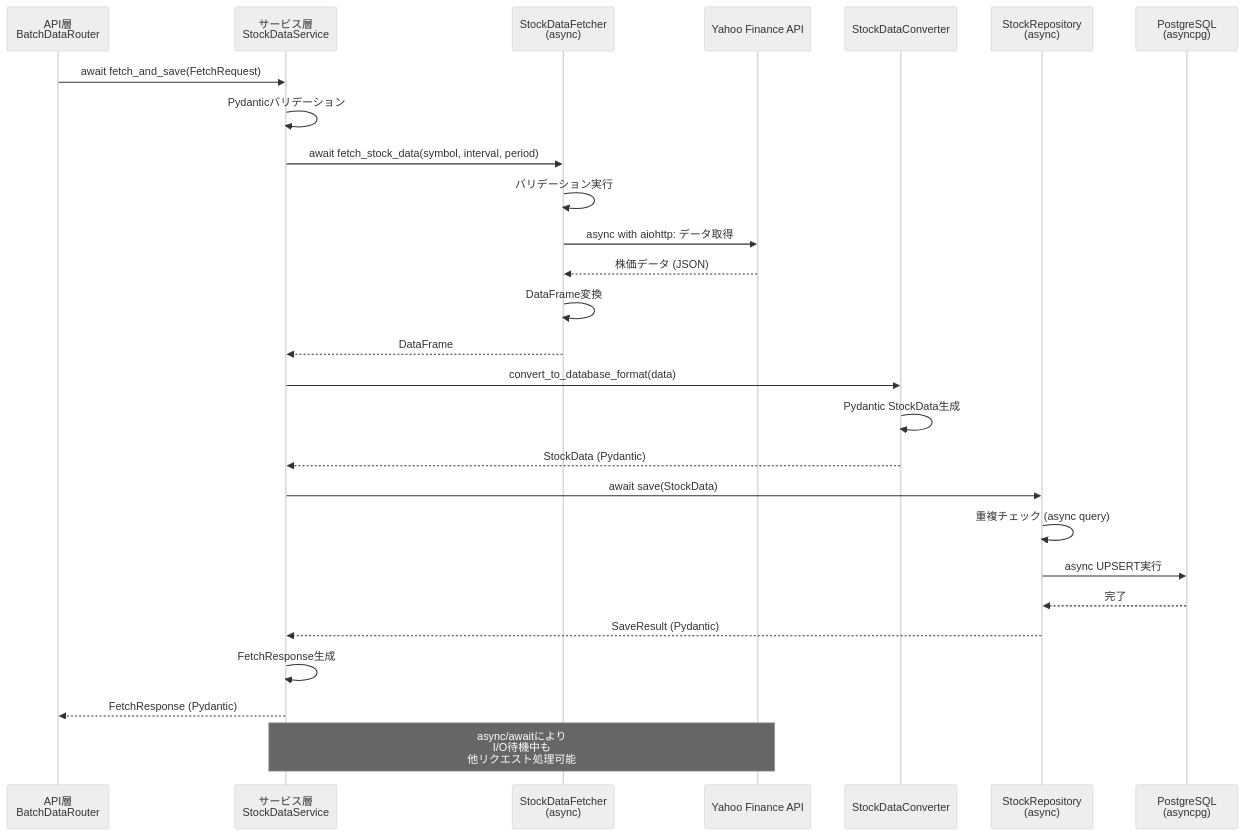
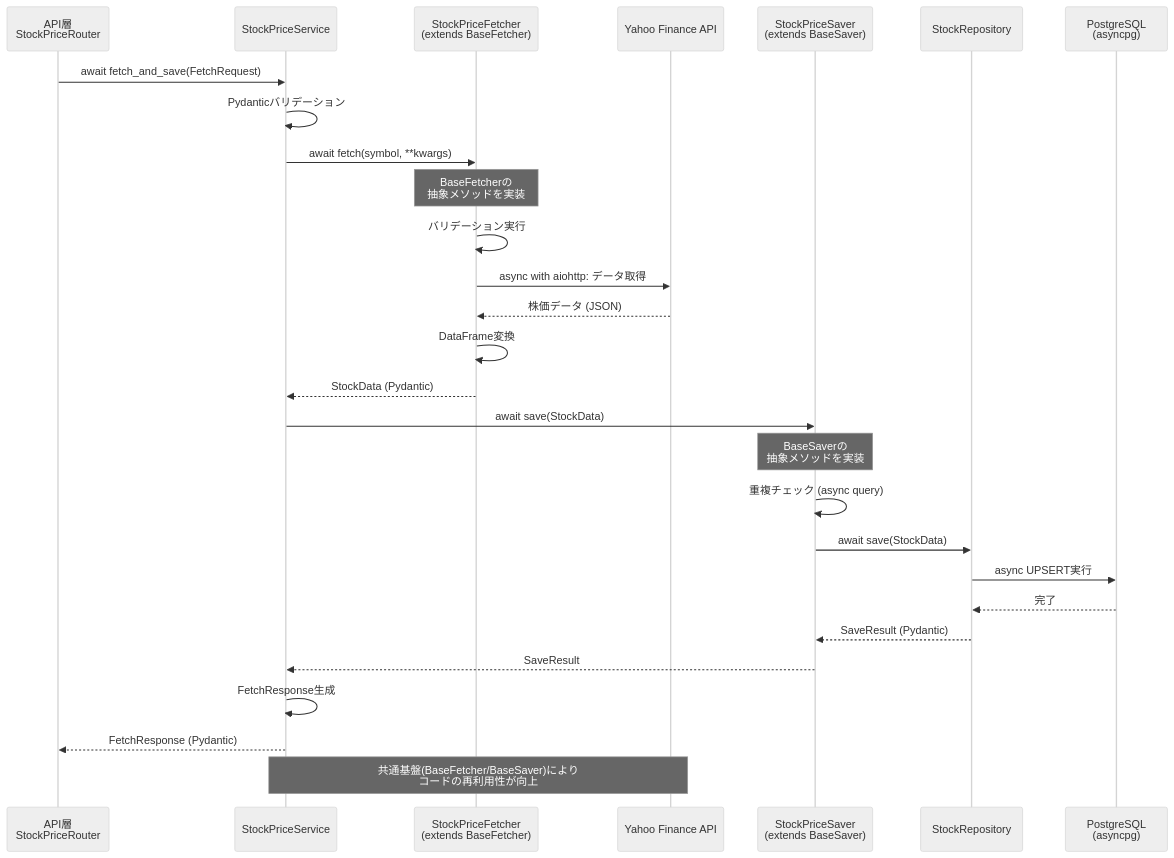
Before and after one commit to TIMMY-WEST/STOCK-INVESTMENT-ANALYZER: the fifth of 7 diagrams in docs/architecture/layers/service_layer.md, drawn with Mermaid (neutral theme). The commit also changed other lines of this file, not shown here.

````diff
--- a/docs/architecture/layers/service_layer.md
+++ b/docs/architecture/layers/service_layer.md
@@ -869,37 +867,40 @@
 ```mermaid
 sequenceDiagram
-    participant API as API層<br/>BatchDataRouter
-    participant Service as サービス層<br/>StockDataService
-    participant Fetcher as StockDataFetcher<br/>(async)
+    participant API as API層<br/>StockPriceRouter
+    participant Service as StockPriceService
+    participant Fetcher as StockPriceFetcher<br/>(extends BaseFetcher)
     participant YFinance as Yahoo Finance API
-    participant Converter as StockDataConverter
-    participant Repo as StockRepository<br/>(async)
+    participant Saver as StockPriceSaver<br/>(extends BaseSaver)
+    participant Repo as StockRepository
     participant DB as PostgreSQL<br/>(asyncpg)
 
     API->>Service: await fetch_and_save(FetchRequest)
 
     Service->>Service: Pydanticバリデーション
-    Service->>Fetcher: await fetch_stock_data(symbol, interval, period)
+    Service->>Fetcher: await fetch(symbol, **kwargs)
+
+    Note over Fetcher: BaseFetcherの<br/>抽象メソッドを実装
 
     Fetcher->>Fetcher: バリデーション実行
     Fetcher->>YFinance: async with aiohttp: データ取得
     YFinance-->>Fetcher: 株価データ (JSON)
 
     Fetcher->>Fetcher: DataFrame変換
-    Fetcher-->>Service: DataFrame
+    Fetcher-->>Service: StockData (Pydantic)
 
-    Service->>Converter: convert_to_database_format(data)
-    Converter->>Converter: Pydantic StockData生成
-    Converter-->>Service: StockData (Pydantic)
+    Service->>Saver: await save(StockData)
 
-    Service->>Repo: await save(StockData)
-    Repo->>Repo: 重複チェック (async query)
+    Note over Saver: BaseSaverの<br/>抽象メソッドを実装
+
+    Saver->>Saver: 重複チェック (async query)
+    Saver->>Repo: await save(StockData)
     Repo->>DB: async UPSERT実行
     DB-->>Repo: 完了
-    Repo-->>Service: SaveResult (Pydantic)
+    Repo-->>Saver: SaveResult (Pydantic)
+    Saver-->>Service: SaveResult
 
     Service->>Service: FetchResponse生成
     Service-->>API: FetchResponse (Pydantic)
 
-    Note over Service,YFinance: async/awaitにより<br/>I/O待機中も<br/>他リクエスト処理可能
+    Note over Service,YFinance: 共通基盤(BaseFetcher/BaseSaver)により<br/>コードの再利用性が向上
 ```
````
